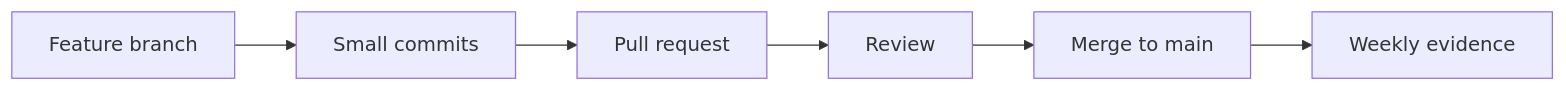
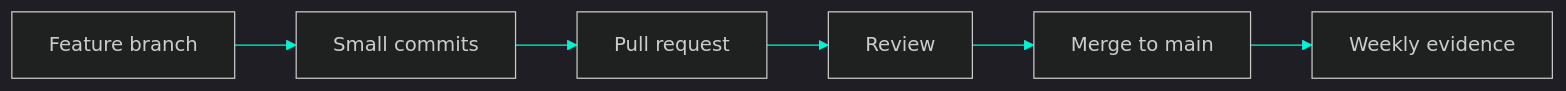
Before and after one commit to ratnsharma21/MediFinder: the fifth of 5 diagrams in README.md, drawn with Mermaid. The commit also changed other lines of this file, not shown here.

````diff
--- a/README.md
+++ b/README.md
@@ -473,8 +905,9 @@
 ```mermaid
+%%{init: {'theme':'dark','themeVariables': {'primaryColor':'#0f766e','lineColor':'#00f5d4','primaryTextColor':'#ccfbf1'}}}%%
 flowchart LR
   F["Feature branch"] --> C["Small commits"]
   C --> P["Pull request"]
   P --> R["Review"]
   R --> M["Merge to main"]
   M --> W["Weekly evidence"]
 ```
````
